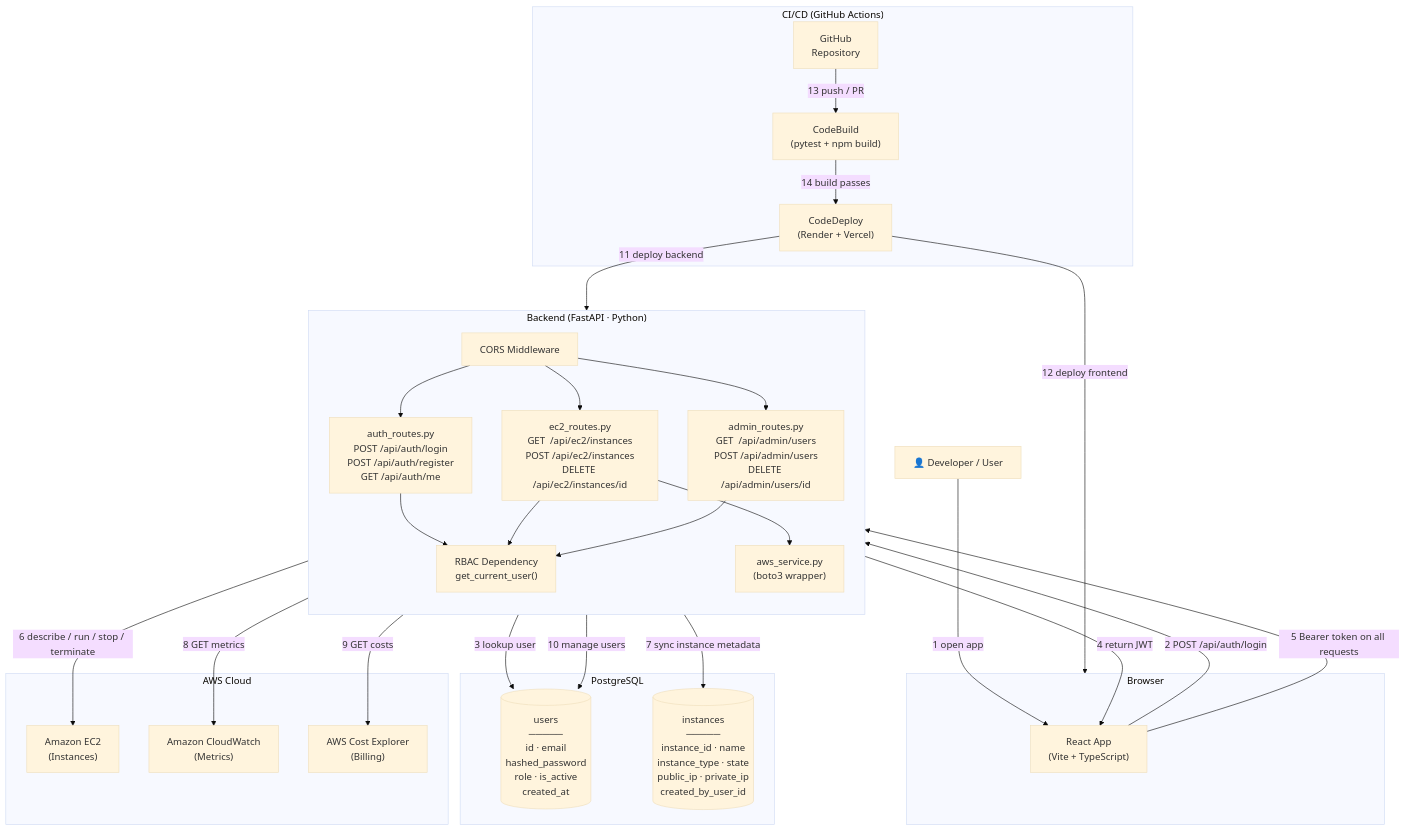
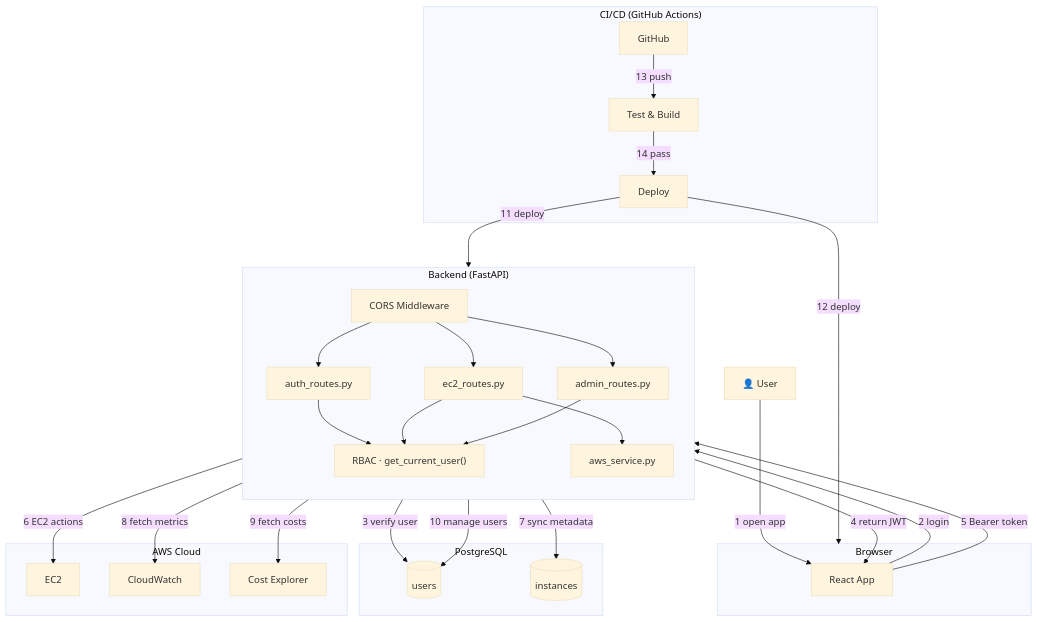
The diagram in docs/Architecture_Diagram.md (DannySoundarajD/cloud-sim), drawn with Mermaid (base theme) before and after one commit. The commit also changed 4 other files, not shown here.

````diff
--- a/docs/Architecture_Diagram.md
+++ b/docs/Architecture_Diagram.md
@@ -10,65 +10,65 @@
 ```mermaid
 flowchart TD
-    %% ── Actors ──────────────────────────────────────────────────────────────
-    DEV["👤 Developer / User"]
+    %% ── Actors ───────────────────────────────────────────────
+    DEV["👤 User"]
 
-    %% ── CI/CD Block ─────────────────────────────────────────────────────────
+    %% ── CI/CD Block ──────────────────────────────────────────
     subgraph CICD["CI/CD  (GitHub Actions)"]
-        GH["GitHub\nRepository"]
-        CB["CodeBuild\n(pytest + npm build)"]
-        CD["CodeDeploy\n(Render + Vercel)"]
-        GH -->|"13 push / PR"| CB
-        CB -->|"14 build passes"| CD
+        GH["GitHub"]
+        CB["Test & Build"]
+        CD["Deploy"]
+        GH -->|"13 push"| CB
+        CB -->|"14 pass"| CD
     end
 
-    %% ── Client Block ────────────────────────────────────────────────────────
+    %% ── Client Block ─────────────────────────────────────────
     subgraph CLIENT["Browser"]
-        UI["React App\n(Vite + TypeScript)"]
+        UI["React App"]
     end
 
-    %% ── Backend Block ───────────────────────────────────────────────────────
-    subgraph BACKEND["Backend  (FastAPI · Python)"]
+    %% ── Backend Block ────────────────────────────────────────
+    subgraph BACKEND["Backend  (FastAPI)"]
         direction TB
-        AUTH["auth_routes.py\nPOST /api/auth/login\nPOST /api/auth/register\nGET  /api/auth/me"]
-        EC2R["ec2_routes.py\nGET  /api/ec2/instances\nPOST /api/ec2/instances\nDELETE /api/ec2/instances/id"]
-        ADM["admin_routes.py\nGET  /api/admin/users\nPOST /api/admin/users\nDELETE /api/admin/users/id"]
         CORS["CORS Middleware"]
-        RBAC["RBAC Dependency\nget_current_user()"]
-        AWS_SVC["aws_service.py\n(boto3 wrapper)"]
+        RBAC["RBAC · get_current_user()"]
+        AUTH["auth_routes.py"]
+        EC2R["ec2_routes.py"]
+        ADM["admin_routes.py"]
+        AWS_SVC["aws_service.py"]
 
         CORS --> AUTH
         CORS --> EC2R
         CORS --> ADM
         AUTH --> RBAC
         EC2R --> RBAC
         ADM --> RBAC
         EC2R --> AWS_SVC
     end
 
-    %% ── Database Block ──────────────────────────────────────────────────────
+    %% ── Database Block ───────────────────────────────────────
     subgraph DB["PostgreSQL"]
-        USERS[("users\n─────\nid · email\nhashed_password\nrole · is_active\ncreated_at")]
-        INSTANCES[("instances\n─────\ninstance_id · name\ninstance_type · state\npublic_ip · private_ip\ncreated_by_user_id")]
+        USERS[("users")]
+        INSTANCES[("instances")]
     end
 
-    %% ── AWS Block ───────────────────────────────────────────────────────────
+    %% ── AWS Block ────────────────────────────────────────────
     subgraph AWS["AWS Cloud"]
-        EC2["Amazon EC2\n(Instances)"]
-        CW["Amazon CloudWatch\n(Metrics)"]
-        CE["AWS Cost Explorer\n(Billing)"]
+        EC2["EC2"]
+        CW["CloudWatch"]
+        CE["Cost Explorer"]
     end
 
-    %% ── Flows ───────────────────────────────────────────────────────────────
-    DEV -->|"1 open app"| UI
-    UI  -->|"2 POST /api/auth/login"| AUTH
-    AUTH -->|"3 lookup user"| USERS
-    AUTH -->|"4 return JWT"| UI
-    UI  -->|"5 Bearer token on all requests"| CORS
-    EC2R -->|"6 describe / run / stop / terminate"| EC2
-    EC2R -->|"7 sync instance metadata"| INSTANCES
-    EC2R -->|"8 GET metrics"| CW
-    EC2R -->|"9 GET costs"| CE
-    ADM -->|"10 manage users"| USERS
-    CD  -->|"11 deploy backend"| BACKEND
-    CD  -->|"12 deploy frontend"| CLIENT
+    %% ── Flows ────────────────────────────────────────────────
+    DEV     -->|"1 open app"| UI
+    UI      -->|"2 login"| AUTH
+    AUTH    -->|"3 verify user"| USERS
+    AUTH    -->|"4 return JWT"| UI
+    UI      -->|"5 Bearer token"| CORS
+    AWS_SVC -->|"6 EC2 actions"| EC2
+    EC2R    -->|"7 sync metadata"| INSTANCES
+    AWS_SVC -->|"8 fetch metrics"| CW
+    AWS_SVC -->|"9 fetch costs"| CE
+    ADM     -->|"10 manage users"| USERS
+    CD      -->|"11 deploy"| BACKEND
+    CD      -->|"12 deploy"| CLIENT
 ```
````
